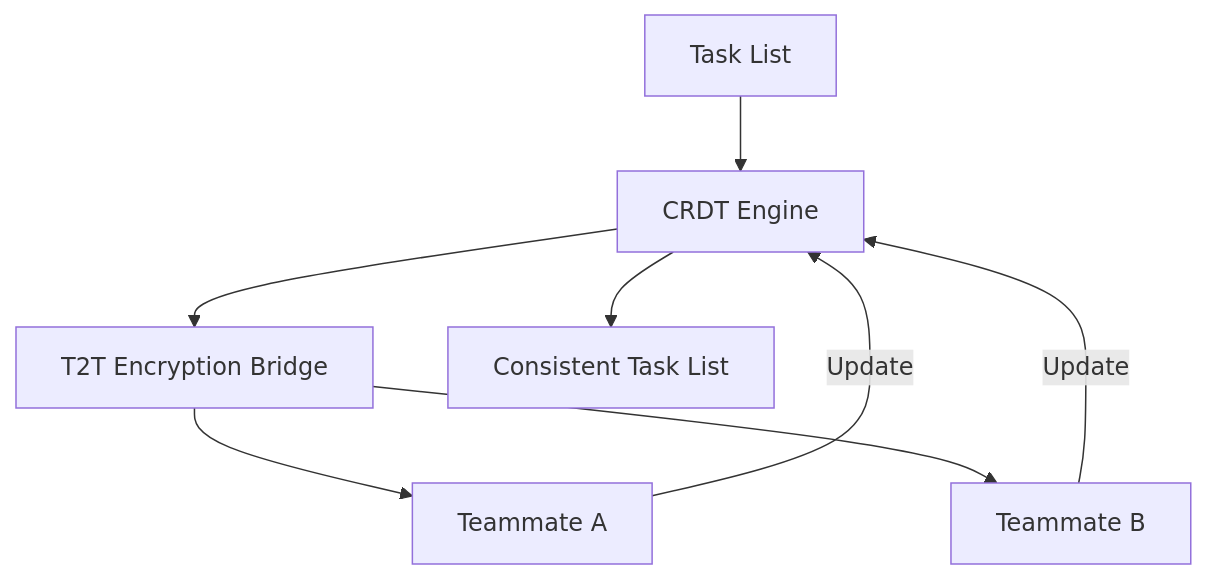
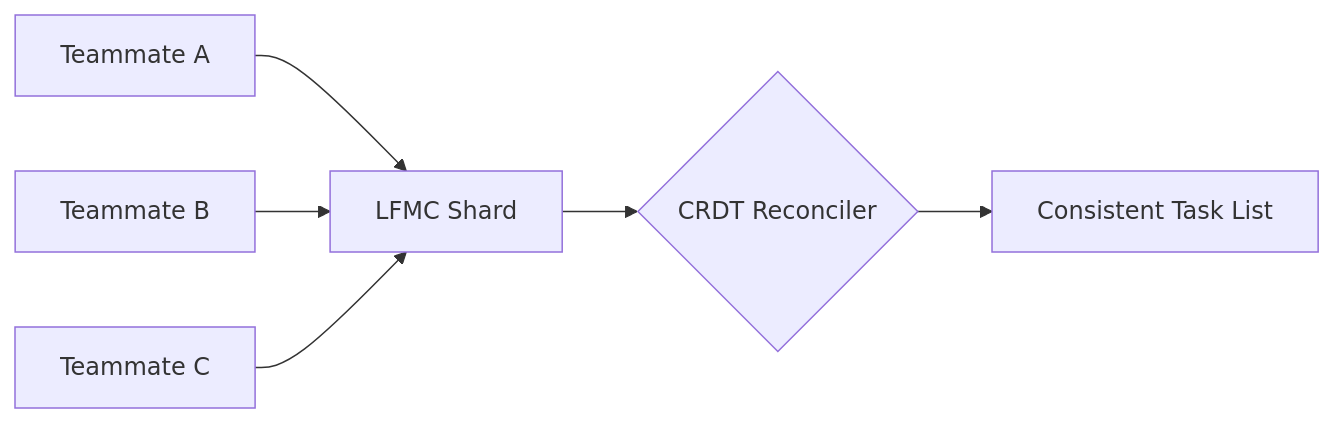
Before and after one commit to mcpany/core: the diagram in docs/features/design-lock-free-mesh-coordination.md, drawn with Mermaid. The commit also changed other lines of this file and 13 other files, not shown here.

````diff
--- a/docs/features/design-lock-free-mesh-coordination.md
+++ b/docs/features/design-lock-free-mesh-coordination.md
@@ -51,10 +49,8 @@
-```mermaid
-graph TD
-    A[Task List] --> B[CRDT Engine]
-    B --> C[T2T Encryption Bridge]
-    C --> D[Teammate A]
-    C --> E[Teammate B]
-    D -- Update --> B
-    E -- Update --> B
-    B --> F[Consistent Task List]
-```
+    ```mermaid
+    graph LR
+        A[Teammate A] --> B[LFMC Shard]
+        C[Teammate B] --> B
+        D[Teammate C] --> B
+        B --> E{CRDT Reconciler}
+        E --> F[Consistent Task List]
+    ```
````
